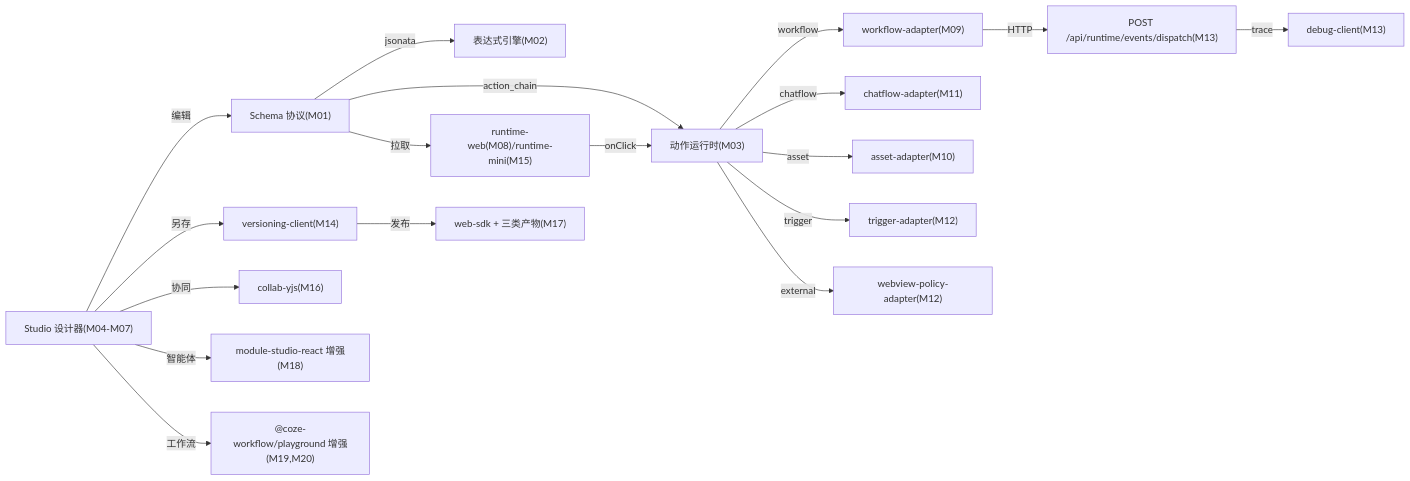
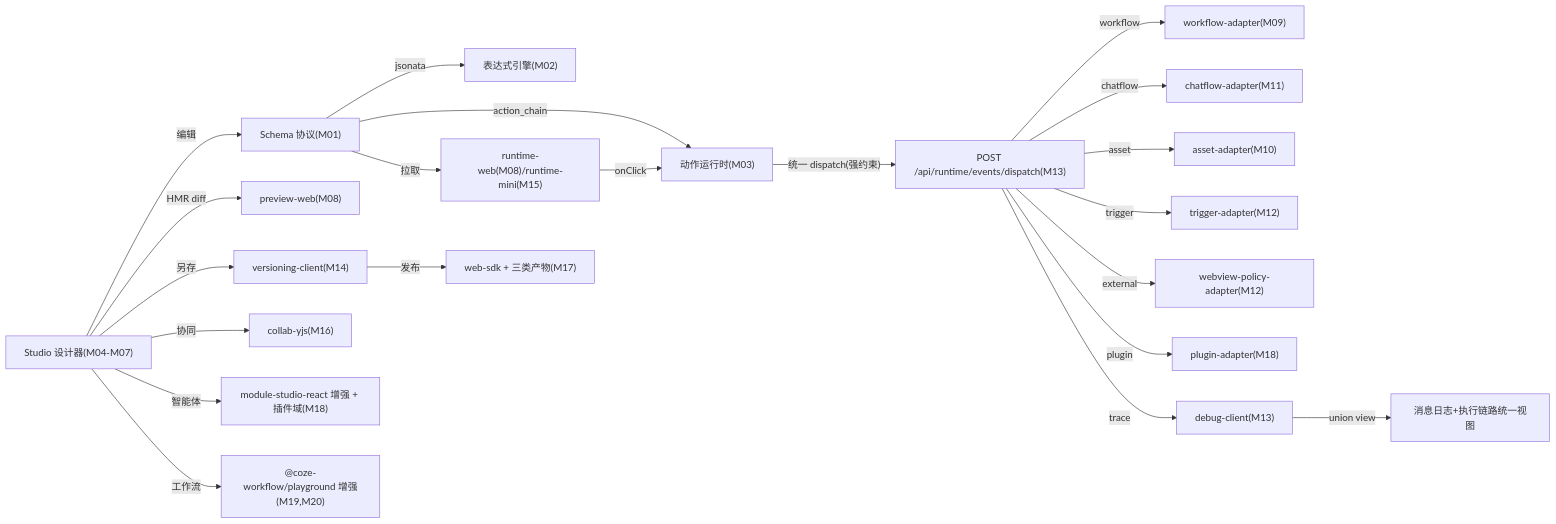
Before and after one commit to li13522487713-crypto/SecurityPlatform: the diagram in .cursor/plans/coze_低代码全量复刻实施计划_325f27bb.plan.md, drawn with Mermaid. The commit also changed other lines of this file, not shown here.

````diff
--- a/.cursor/plans/coze_低代码全量复刻实施计划_325f27bb.plan.md
+++ b/.cursor/plans/coze_低代码全量复刻实施计划_325f27bb.plan.md
@@ -106,20 +149,23 @@
 ```mermaid
 flowchart LR
     Designer["Studio 设计器(M04-M07)"] -->|编辑| Schema["Schema 协议(M01)"]
     Schema -->|jsonata| Expression["表达式引擎(M02)"]
     Schema -->|action_chain| ActionRuntime["动作运行时(M03)"]
     Schema -->|拉取| Runtime["runtime-web(M08)/runtime-mini(M15)"]
+    Designer -->|HMR diff| PreviewWeb["preview-web(M08)"]
     Runtime -->|onClick| ActionRuntime
-    ActionRuntime -->|workflow| WorkflowAdapter["workflow-adapter(M09)"]
-    ActionRuntime -->|chatflow| ChatflowAdapter["chatflow-adapter(M11)"]
-    ActionRuntime -->|asset| AssetAdapter["asset-adapter(M10)"]
-    ActionRuntime -->|trigger| TriggerAdapter["trigger-adapter(M12)"]
-    ActionRuntime -->|external| WebviewPolicy["webview-policy-adapter(M12)"]
-    WorkflowAdapter -->|HTTP| Dispatch["POST /api/runtime/events/dispatch(M13)"]
-    Dispatch -->|trace| Debug["debug-client(M13)"]
+    ActionRuntime -->|"统一 dispatch(强约束)"| DispatchEndpoint["POST /api/runtime/events/dispatch(M13)"]
+    DispatchEndpoint -->|workflow| WorkflowAdapter["workflow-adapter(M09)"]
+    DispatchEndpoint -->|chatflow| ChatflowAdapter["chatflow-adapter(M11)"]
+    DispatchEndpoint -->|asset| AssetAdapter["asset-adapter(M10)"]
+    DispatchEndpoint -->|trigger| TriggerAdapter["trigger-adapter(M12)"]
+    DispatchEndpoint -->|external| WebviewPolicy["webview-policy-adapter(M12)"]
+    DispatchEndpoint -->|plugin| PluginAdapter["plugin-adapter(M18)"]
+    DispatchEndpoint -->|trace| Debug["debug-client(M13)"]
+    Debug -->|union view| MessageLog["消息日志+执行链路统一视图"]
     Designer -->|另存| Versioning["versioning-client(M14)"]
     Designer -->|协同| Collab["collab-yjs(M16)"]
     Versioning -->|发布| Publish["web-sdk + 三类产物(M17)"]
-    Designer -->|智能体| Assistant["module-studio-react 增强(M18)"]
+    Designer -->|智能体| Assistant["module-studio-react 增强 + 插件域(M18)"]
     Designer -->|工作流| WorkflowPlayground["@coze-workflow/playground 增强(M19,M20)"]
 ```
````
